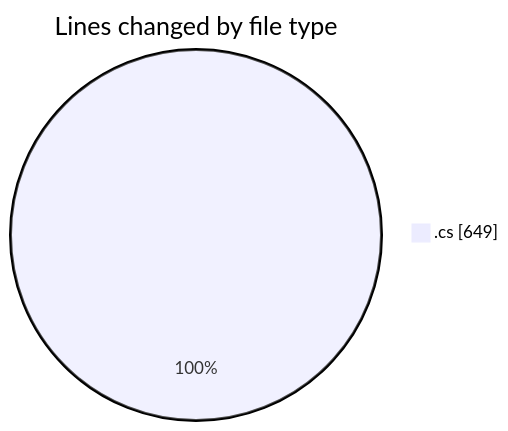
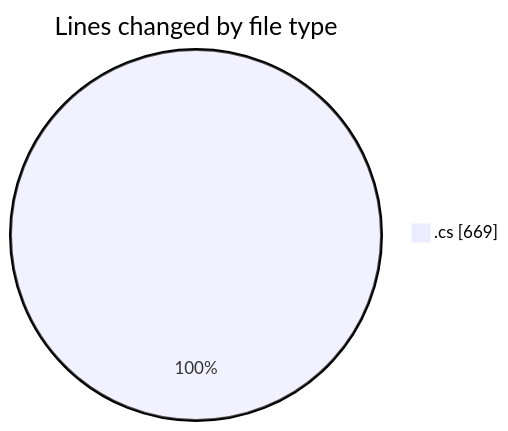
The first of 2 diagrams in 2025-04-02/back-end/README.md (Netris89/code-tracking), drawn with Mermaid before and after one commit. The commit also changed other lines of this file and 1 other file, not shown here.

````diff
--- a/2025-04-02/back-end/README.md
+++ b/2025-04-02/back-end/README.md
@@ -22,5 +22,5 @@
 ```mermaid
 pie showData
 title Lines changed by file type
-".cs" : 649
+".cs" : 669
 ```
````
